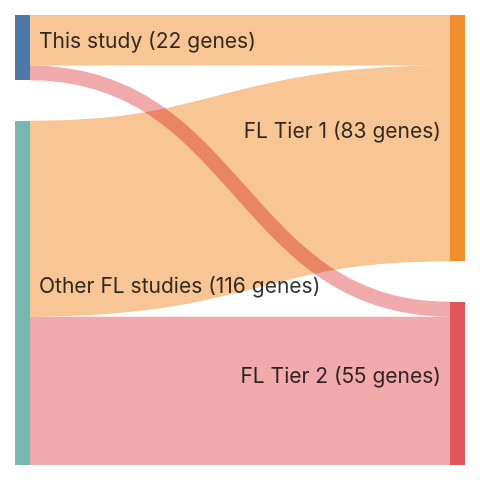
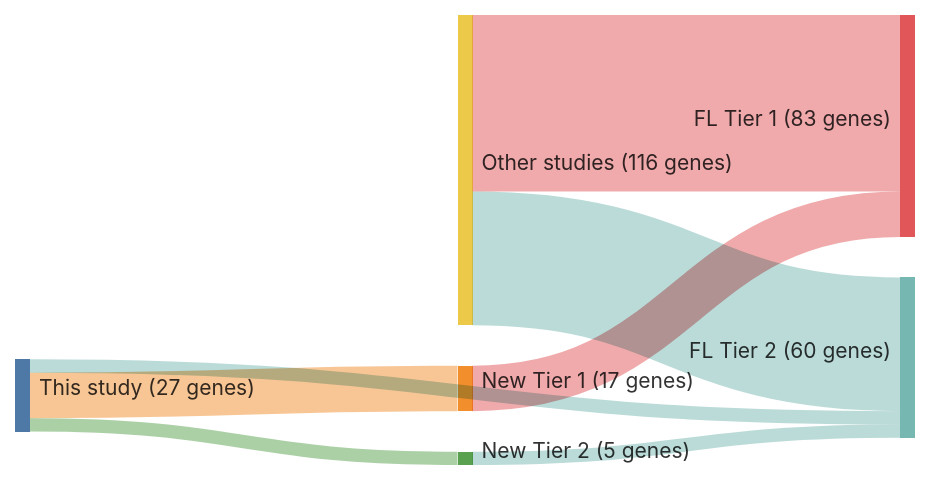
Before and after one commit to morinlab/lymphopedia: the diagram in papers/krysiakRecurrentSomaticMutations2017b.md, drawn with Mermaid. The commit also changed 82 other files, not shown here.

````diff
--- a/papers/krysiakRecurrentSomaticMutations2017b.md
+++ b/papers/krysiakRecurrentSomaticMutations2017b.md
@@ -12,18 +12,21 @@
 ```mermaid
 ---
 config:
     sankey:
         showValues: true
         linkColor: target
-        width: 300
+        width: 600
         height: 300
         nodeAlignment: right
         prefix: '('
         suffix: ' genes)'
 ---
 sankey-beta
-This study, FL Tier 1, 17
+This study, New Tier 1, 17
+New Tier 1, FL Tier 1, 17
 This study, FL Tier 2, 5
-Other FL studies, FL Tier 1, 66
-Other FL studies, FL Tier 2, 50
+This study, New Tier 2, 5
+New Tier 2, FL Tier 2, 5
+Other studies, FL Tier 1, 66
+Other studies, FL Tier 2, 50
 ```
````
